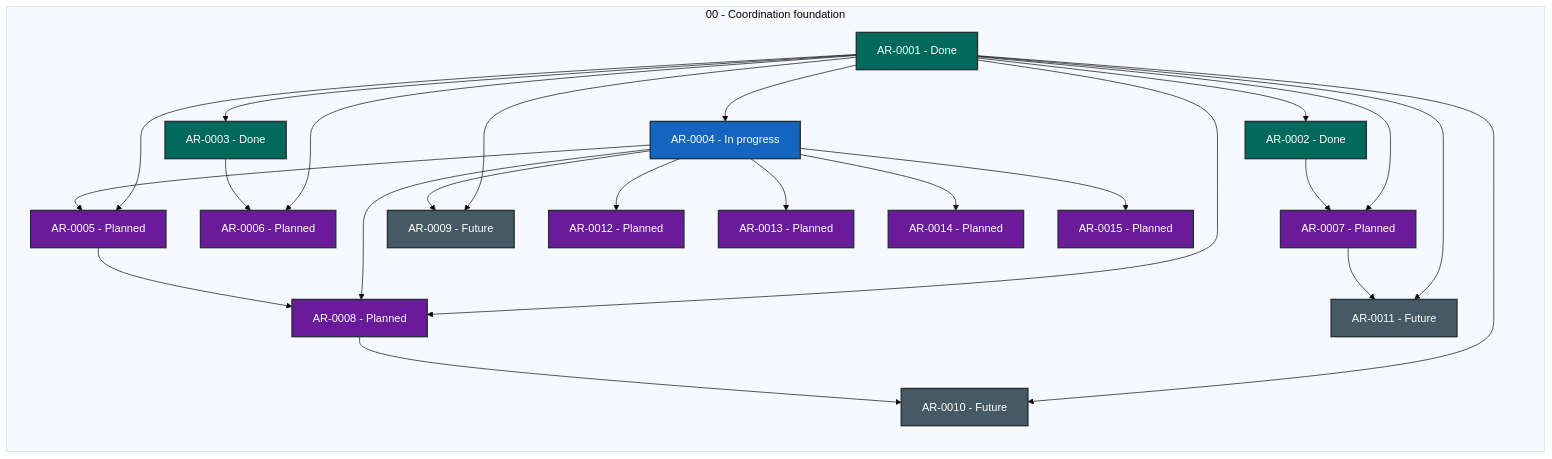
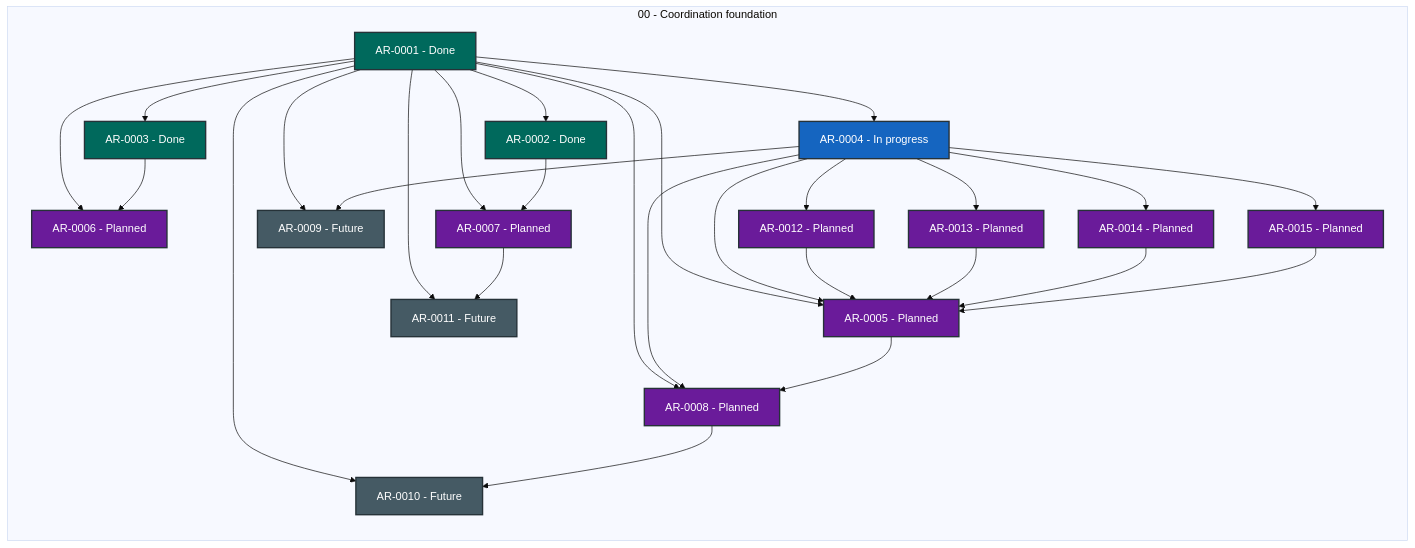
The diagram in STATUS.md (martin-beck/agent-workflow-quality-state), drawn with Mermaid (base theme) before and after one commit. The commit also changed other lines of this file and 1 other file, not shown here.

````diff
--- a/STATUS.md
+++ b/STATUS.md
@@ -27,51 +27,55 @@
 ```mermaid
 flowchart LR
     subgraph series_00["00 - Coordination foundation"]
         direction TB
         AR_0001["AR-0001 - Done"]:::status_done
         AR_0002["AR-0002 - Done"]:::status_done
         AR_0003["AR-0003 - Done"]:::status_done
         AR_0004["AR-0004 - In progress"]:::status_in_progress
         AR_0005["AR-0005 - Planned"]:::status_planned
         AR_0006["AR-0006 - Planned"]:::status_planned
         AR_0007["AR-0007 - Planned"]:::status_planned
         AR_0008["AR-0008 - Planned"]:::status_planned
         AR_0009["AR-0009 - Future"]:::status_future
         AR_0010["AR-0010 - Future"]:::status_future
         AR_0011["AR-0011 - Future"]:::status_future
         AR_0012["AR-0012 - Planned"]:::status_planned
         AR_0013["AR-0013 - Planned"]:::status_planned
         AR_0014["AR-0014 - Planned"]:::status_planned
         AR_0015["AR-0015 - Planned"]:::status_planned
     end
     AR_0001 --> AR_0002
     AR_0001 --> AR_0003
     AR_0001 --> AR_0004
     AR_0001 --> AR_0005
     AR_0001 --> AR_0006
     AR_0001 --> AR_0007
     AR_0001 --> AR_0008
     AR_0001 --> AR_0009
     AR_0001 --> AR_0010
     AR_0001 --> AR_0011
     AR_0002 --> AR_0007
     AR_0003 --> AR_0006
     AR_0004 --> AR_0005
     AR_0004 --> AR_0008
     AR_0004 --> AR_0009
     AR_0004 --> AR_0012
     AR_0004 --> AR_0013
     AR_0004 --> AR_0014
     AR_0004 --> AR_0015
     AR_0005 --> AR_0008
     AR_0007 --> AR_0011
     AR_0008 --> AR_0010
+    AR_0012 --> AR_0005
+    AR_0013 --> AR_0005
+    AR_0014 --> AR_0005
+    AR_0015 --> AR_0005
     classDef status_in_progress fill:#1565c0,color:#ffffff,stroke:#263238,stroke-width:2px
     classDef status_open fill:#2e7d32,color:#ffffff,stroke:#263238,stroke-width:2px
     classDef status_blocked fill:#c62828,color:#ffffff,stroke:#263238,stroke-width:2px
     classDef status_planned fill:#6a1b9a,color:#ffffff,stroke:#263238,stroke-width:2px
     classDef status_future fill:#455a64,color:#ffffff,stroke:#263238,stroke-width:2px
     classDef status_done fill:#00695c,color:#ffffff,stroke:#263238,stroke-width:2px
     classDef status_cancelled fill:#616161,color:#ffffff,stroke:#263238,stroke-width:2px
     classDef status_superseded fill:#5d4037,color:#ffffff,stroke:#263238,stroke-width:2px
 ```
````
